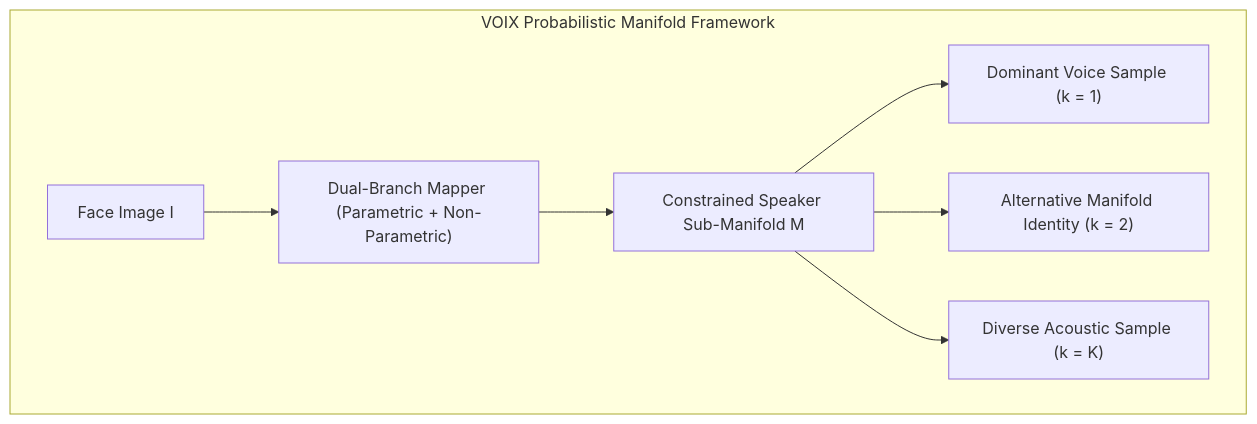
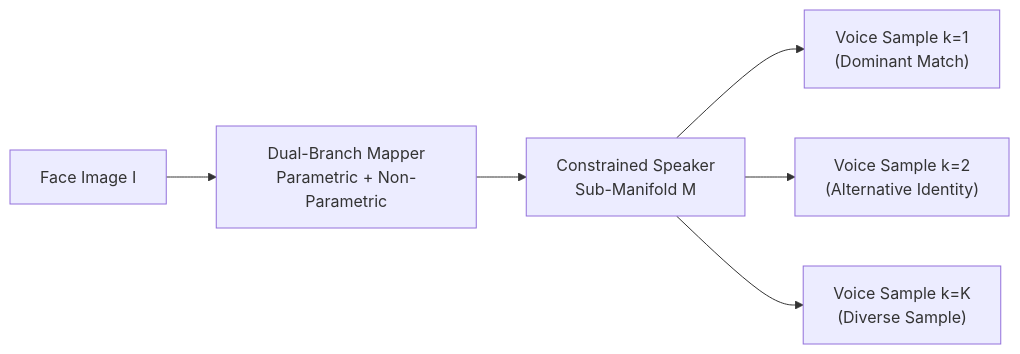
The third of 5 diagrams in README.md (AdityaWagh19/Voix-F2S-System), drawn with Mermaid before and after one commit. The commit also changed other lines of this file and 12 other files, not shown here.

First line of the commit message:
docs: overhaul README with Mermaid diagrams, proper LaTeX math, clean structure

````diff
--- a/README.md
+++ b/README.md
@@ -83,11 +69,8 @@
 ```mermaid
 flowchart LR
-    subgraph VOIX_PARADIGM["VOIX Probabilistic Manifold Framework"]
-        direction LR
-        FACE_IN["Face Image I"] --> DUAL["Dual-Branch Mapper (Parametric + Non-Parametric)"]
-        DUAL --> MANIFOLD["Constrained Speaker Sub-Manifold M"]
-        MANIFOLD --> S1["Dominant Voice Sample (k = 1)"]
-        MANIFOLD --> S2["Alternative Manifold Identity (k = 2)"]
-        MANIFOLD --> SK["Diverse Acoustic Sample (k = K)"]
-    end
+    FIN["Face Image I"] --> DUAL["Dual-Branch Mapper<br/>Parametric + Non-Parametric"]
+    DUAL --> MAN["Constrained Speaker<br/>Sub-Manifold M"]
+    MAN --> V1["Voice Sample k=1<br/>(Dominant Match)"]
+    MAN --> V2["Voice Sample k=2<br/>(Alternative Identity)"]
+    MAN --> VK["Voice Sample k=K<br/>(Diverse Sample)"]
 ```
````
